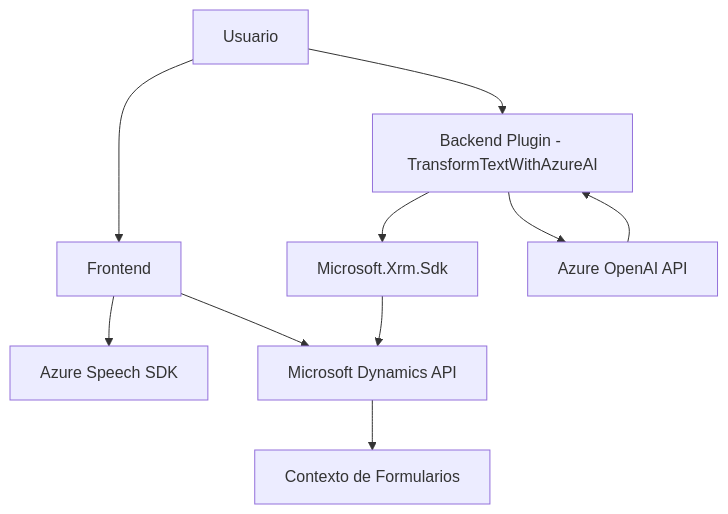
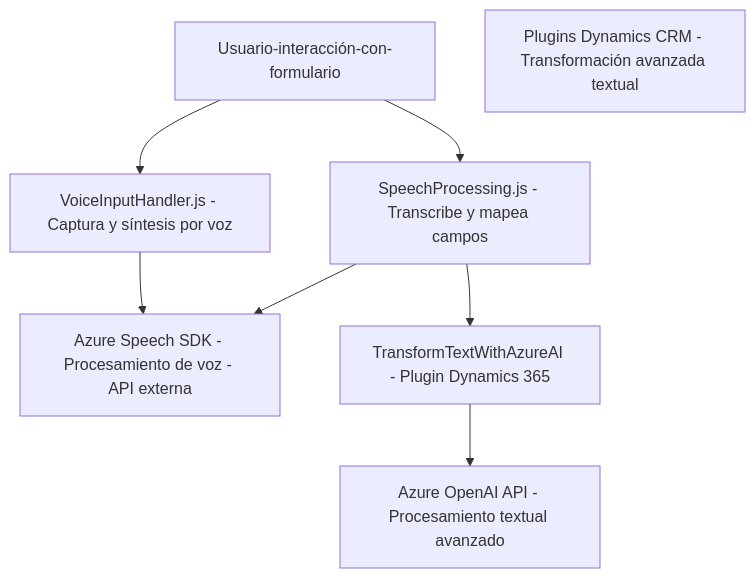
Before and after one commit to blopezdm/NETCORE_BILBAO2025: the diagram in README.md, drawn with Mermaid. The commit also changed other lines of this file, not shown here.

Commit message:
Actualizar análisis global de la solución con IA

````diff
--- a/README.md
+++ b/README.md
@@ -40,13 +40,17 @@
 ```mermaid
 graph TD
-  A["Usuario"] --> B["Frontend"]
-  B["Frontend"] --> C["Azure Speech SDK"]
-  B["Frontend"] --> D["Microsoft Dynamics API"]
-  D --> E["Contexto de Formularios"]
-  
-  A["Usuario"] --> F["Backend Plugin - TransformTextWithAzureAI"]
-  F --> G["Microsoft.Xrm.Sdk"]
-  F --> H["Azure OpenAI API"]
-  G --> D
-  H --> F
+    A["Usuario-interacción-con-formulario"]
+    B["VoiceInputHandler.js - Captura y síntesis por voz"]
+    C["SpeechProcessing.js - Transcribe y mapea campos"]
+    D["Azure Speech SDK - Procesamiento de voz - API externa"]
+    E["Plugins Dynamics CRM - Transformación avanzada textual"]
+    F["TransformTextWithAzureAI - Plugin Dynamics 365"]
+    G["Azure OpenAI API - Procesamiento textual avanzado"]
+
+    A --> B
+    B --> D
+    A --> C
+    C --> D
+    C --> F
+    F --> G
 ```
````
